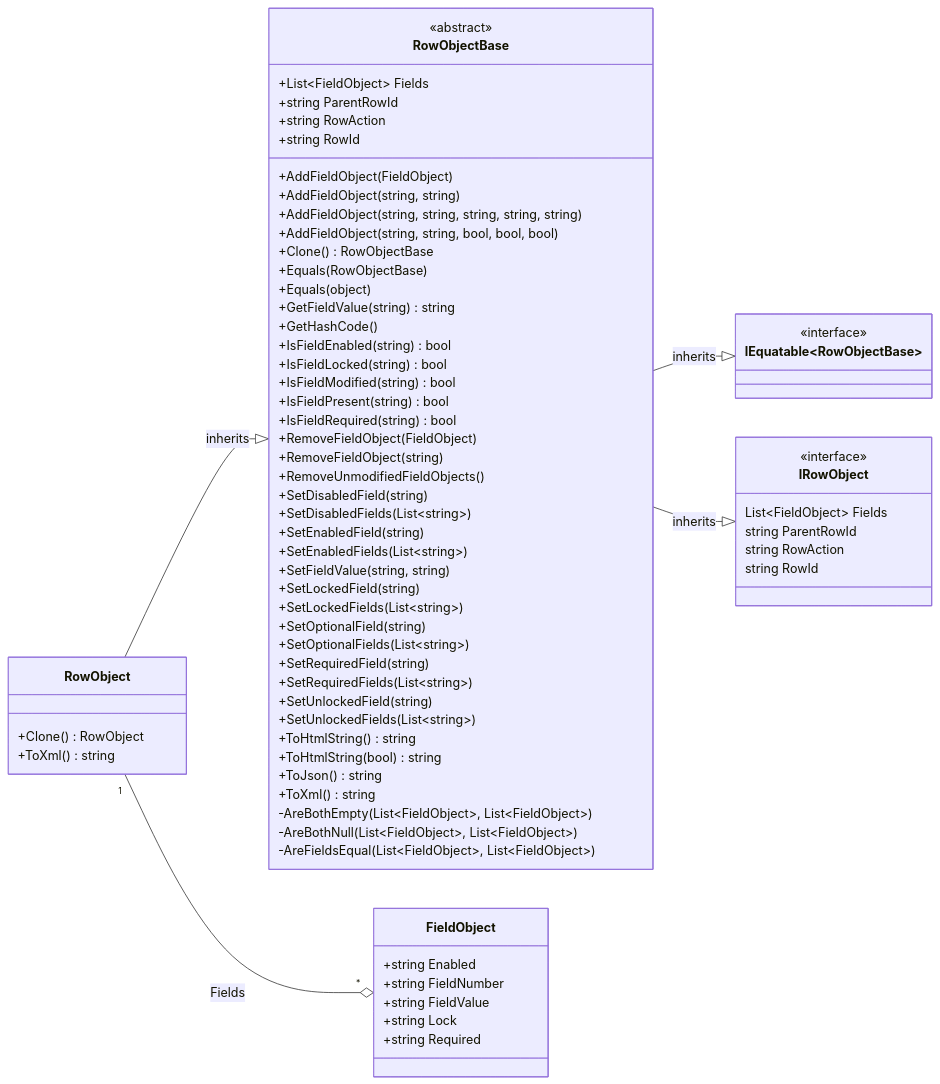
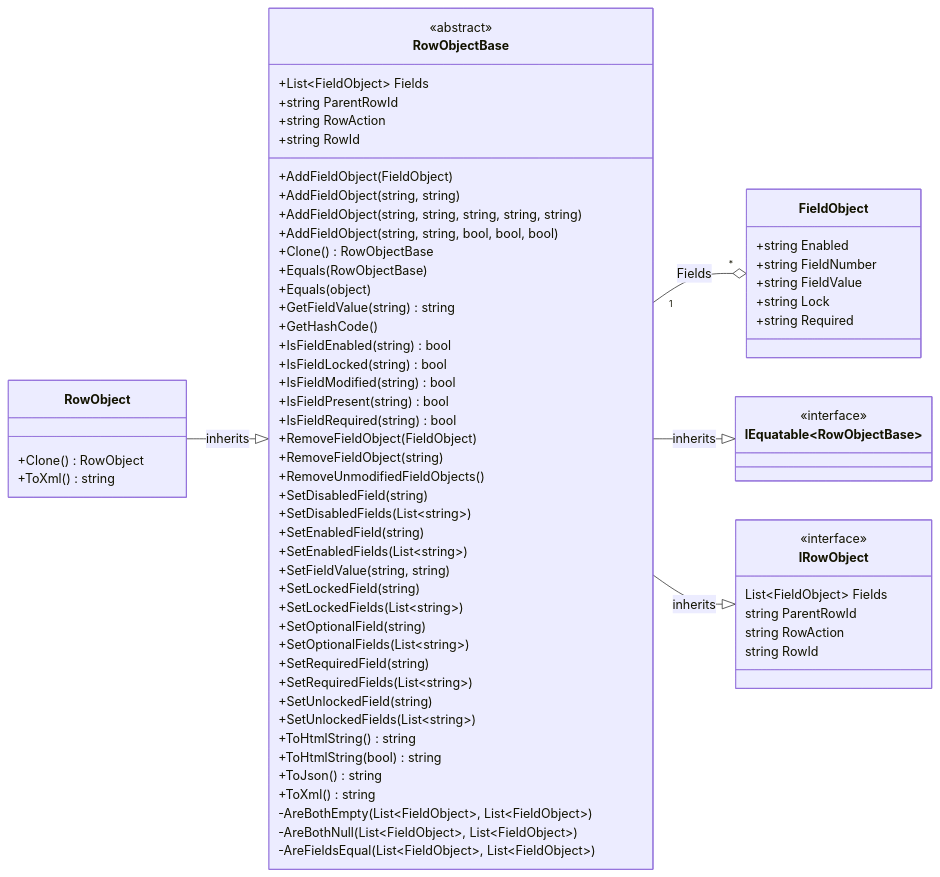
The second of 2 diagrams in docs/docs/dotnet/data-model/rowobject.mdx (rarelysimple/RarelySimple.AvatarScriptLink), drawn with Mermaid before and after one commit. The commit also changed 5 other files, not shown here.

Commit message:
add formobject diagrams

````diff
--- a/docs/docs/dotnet/data-model/rowobject.mdx
+++ b/docs/docs/dotnet/data-model/rowobject.mdx
@@ -150,80 +150,80 @@
 ```mermaid
 classDiagram
 direction LR
 class RowObject {
     +Clone() RowObject
     +ToXml() string
 }
 
 class RowObjectBase {
     +List~FieldObject~ Fields
     +string ParentRowId
     +string RowAction
     +string RowId
     +AddFieldObject(FieldObject)
     +AddFieldObject(string, string)
     +AddFieldObject(string, string, string, string, string)
     +AddFieldObject(string, string, bool, bool, bool)
     +Clone() RowObjectBase
     +Equals(RowObjectBase)
     +Equals(object)
     +GetFieldValue(string) string
     +GetHashCode()
     +IsFieldEnabled(string) bool
     +IsFieldLocked(string) bool
     +IsFieldModified(string) bool
     +IsFieldPresent(string) bool
     +IsFieldRequired(string) bool
     +RemoveFieldObject(FieldObject)
     +RemoveFieldObject(string)
     +RemoveUnmodifiedFieldObjects()
     +SetDisabledField(string)
     +SetDisabledFields(List~string~)
     +SetEnabledField(string)
     +SetEnabledFields(List~string~)
     +SetFieldValue(string, string)
     +SetLockedField(string)
     +SetLockedFields(List~string~)
     +SetOptionalField(string)
     +SetOptionalFields(List~string~)
     +SetRequiredField(string)
     +SetRequiredFields(List~string~)
     +SetUnlockedField(string)
     +SetUnlockedFields(List~string~)
     +ToHtmlString() string
     +ToHtmlString(bool) string
     +ToJson() string
     +ToXml() string
     -AreBothEmpty(List~FieldObject~, List~FieldObject~)
     -AreBothNull(List~FieldObject~, List~FieldObject~)
     -AreFieldsEqual(List~FieldObject~, List~FieldObject~)
 }
 <<abstract>> RowObjectBase
 
 class IRowObject {
     List~FieldObject~ Fields
     string ParentRowId
     string RowAction
     string RowId
 }
 <<interface>> IRowObject
 
 class FieldObject {
     +string Enabled
     +string FieldNumber
     +string FieldValue
     +string Lock
     +string Required
 }
 
 class IEquatable~RowObjectBase~
 <<interface>> IEquatable~RowObjectBase~
 
-RowObject "1" --o "*" FieldObject : Fields
+RowObjectBase "1" --o "*" FieldObject : Fields
 
 RowObject --|> RowObjectBase : inherits
 RowObjectBase --|> IEquatable~RowObjectBase~ : inherits
 RowObjectBase --|> IRowObject : inherits
 
 click FieldObject href "./fieldobject" "Learn more about the FieldObject"
 ```
````
